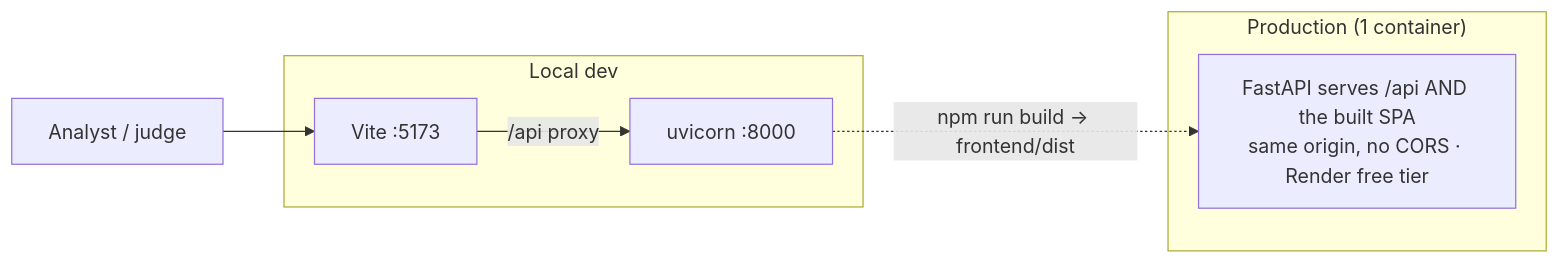
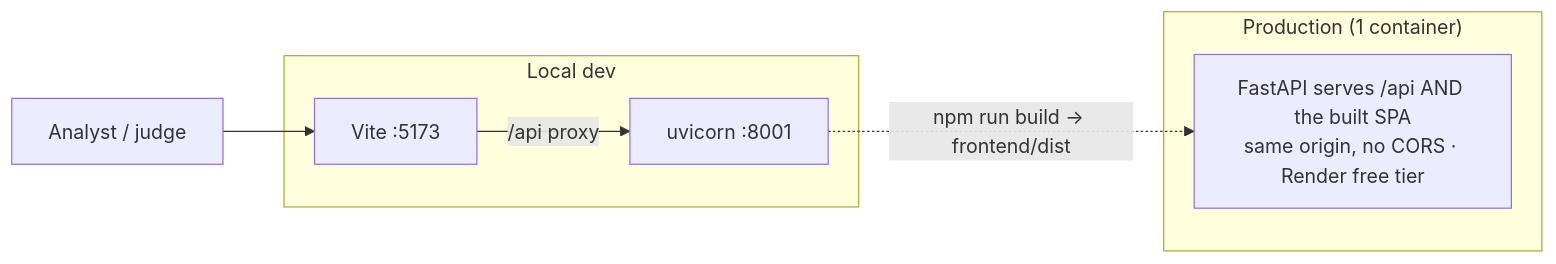
The second of 2 diagrams in architecture.md (RishiiGamer2201/resilience-graph-ai), drawn with Mermaid before and after one commit. The commit also changed other lines of this file and 46 other files, not shown here.

````diff
--- a/architecture.md
+++ b/architecture.md
@@ -58,11 +58,11 @@
 ```mermaid
 flowchart LR
   U["Analyst / judge"] --> SPA
   subgraph dev["Local dev"]
-    SPA["Vite :5173"] -->|"/api proxy"| UV["uvicorn :8000"]
+    SPA["Vite :5173"] -->|"/api proxy"| UV["uvicorn :8001"]
   end
   subgraph prod["Production (1 container)"]
     C["FastAPI serves /api AND the built SPA<br/>same origin, no CORS · Render free tier"]
   end
   UV -. "npm run build → frontend/dist" .-> C
 ```
````
